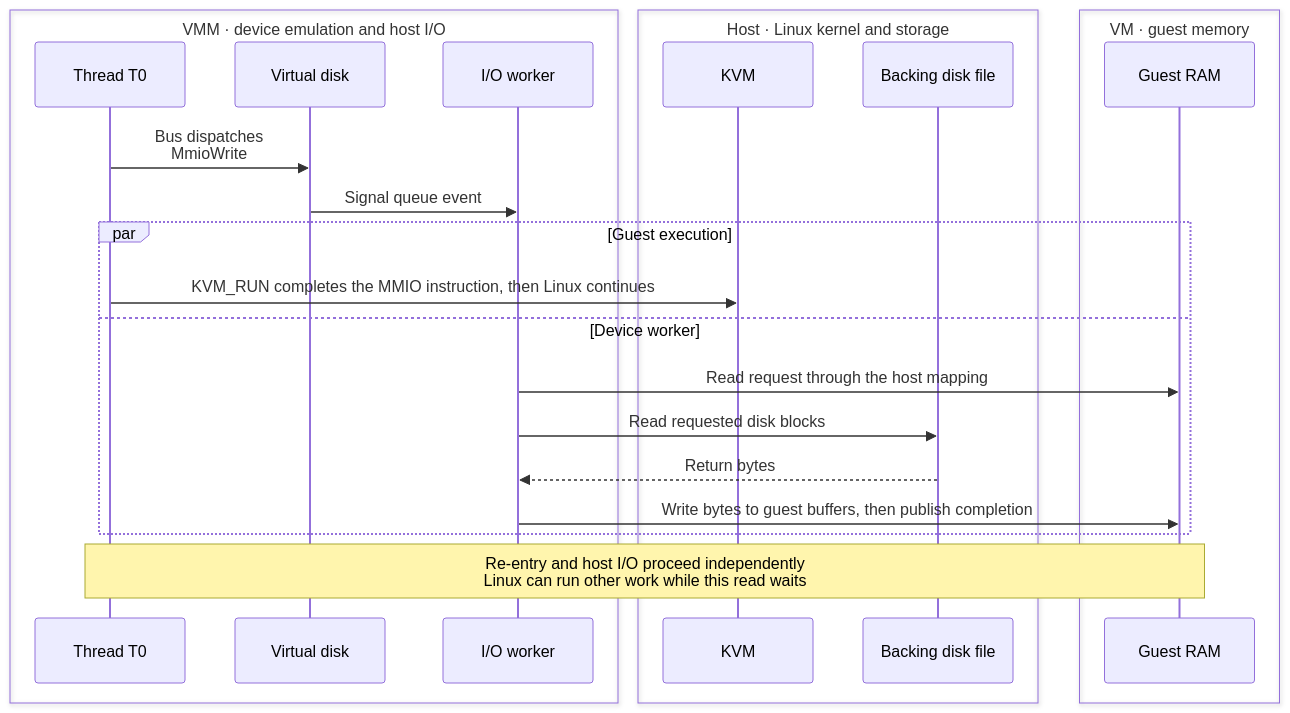
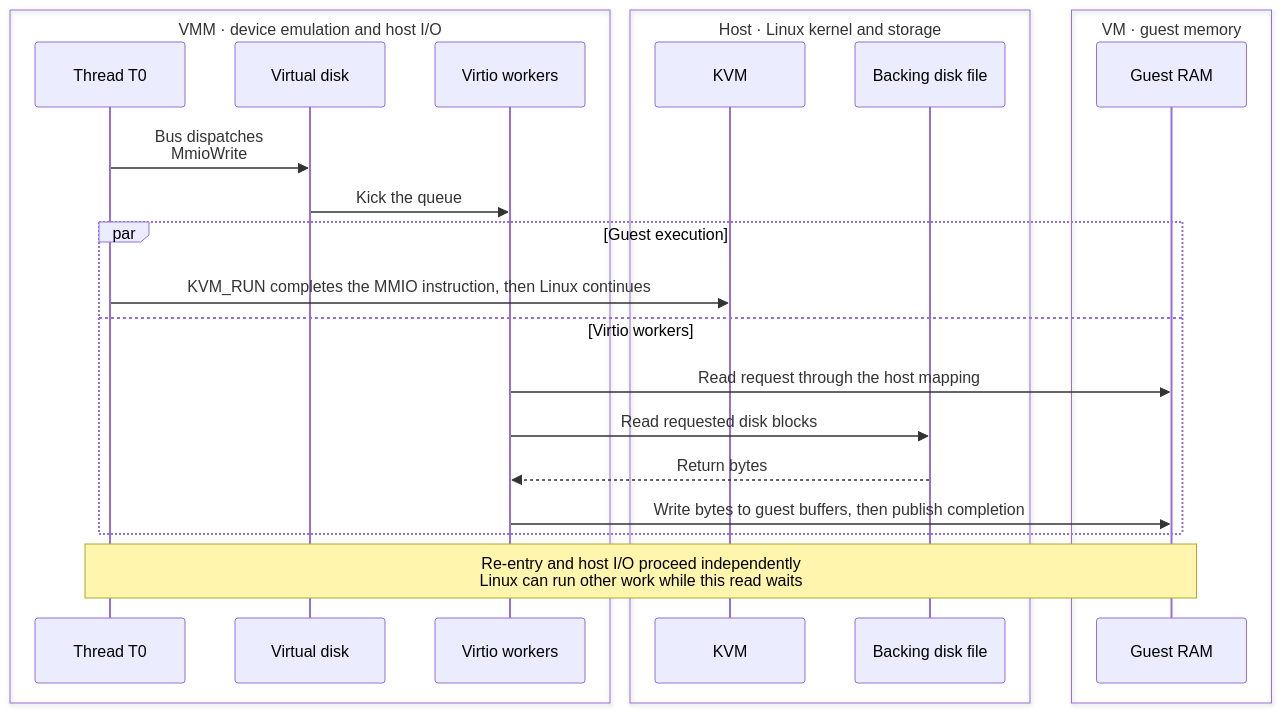
The eighth of 14 diagrams in docs/contributing/architecture/vmm/kvm.md (boxlite-ai/boxlite), drawn with Mermaid before and after one commit. The commit also changed other lines of this file and 21 other files, not shown here.

First line of the commit message:
feat(vmm): add the virtio workers

````diff
--- a/docs/contributing/architecture/vmm/kvm.md
+++ b/docs/contributing/architecture/vmm/kvm.md
@@ -280,33 +280,33 @@
 ```mermaid
 sequenceDiagram
   box VMM · device emulation and host I/O
     participant thread0 as Thread T0
     participant disk as Virtual disk
-    participant worker as I/O worker
+    participant worker as Virtio workers
   end
   box Host · Linux kernel and storage
     participant host_api as KVM
     participant disk_file as Backing disk file
   end
   box VM · guest memory
     participant guest_ram as Guest RAM
   end
   %% edge:kvm_9_e1
   thread0->>disk: Bus dispatches<br/>MmioWrite
   %% edge:kvm_9_e2
-  disk->>worker: Signal queue event
+  disk->>worker: Kick the queue
   par Guest execution
   %% edge:kvm_9_e3
     thread0->>host_api: KVM_RUN completes the MMIO instruction, then Linux continues
-  and Device worker
+  and Virtio workers
   %% edge:kvm_9_e4
     worker->>guest_ram: Read request through the host mapping
   %% edge:kvm_9_e5
     worker->>disk_file: Read requested disk blocks
   %% edge:kvm_9_e6
     disk_file-->>worker: Return bytes
   %% edge:kvm_9_e7
     worker->>guest_ram: Write bytes to guest buffers, then publish completion
   end
   Note over thread0,guest_ram: Re-entry and host I/O proceed independently<br/>Linux can run other work while this read waits
 ```
````
